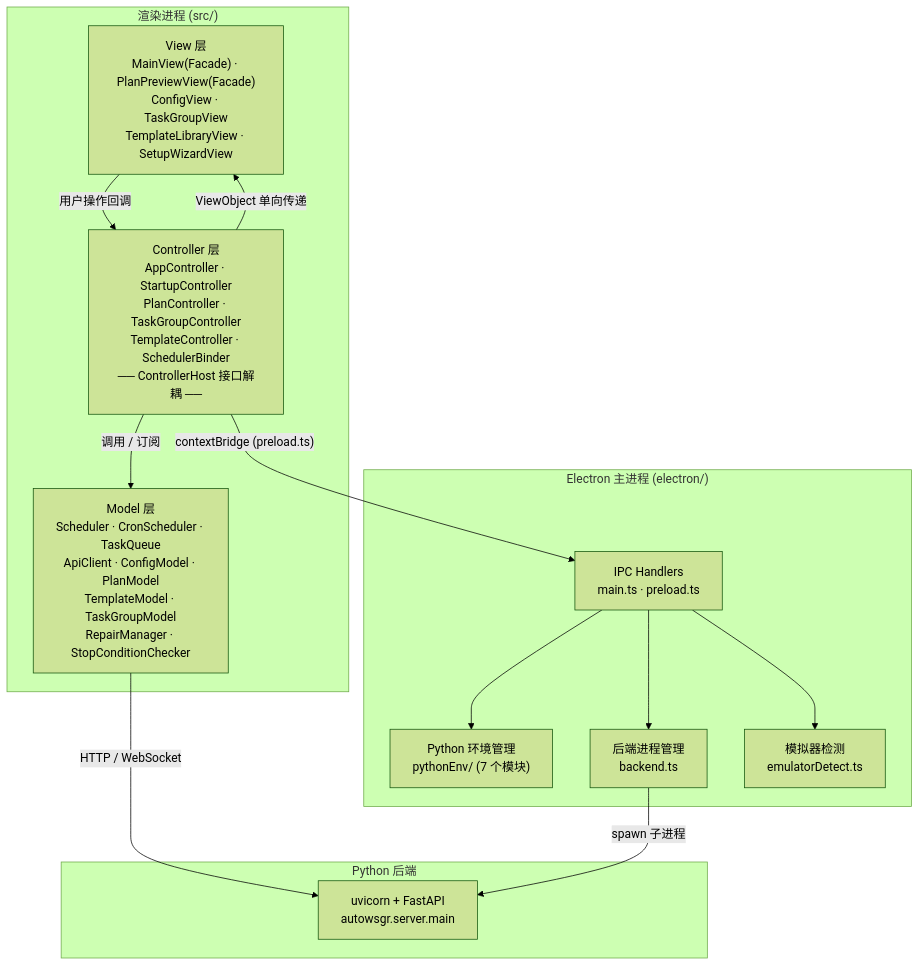
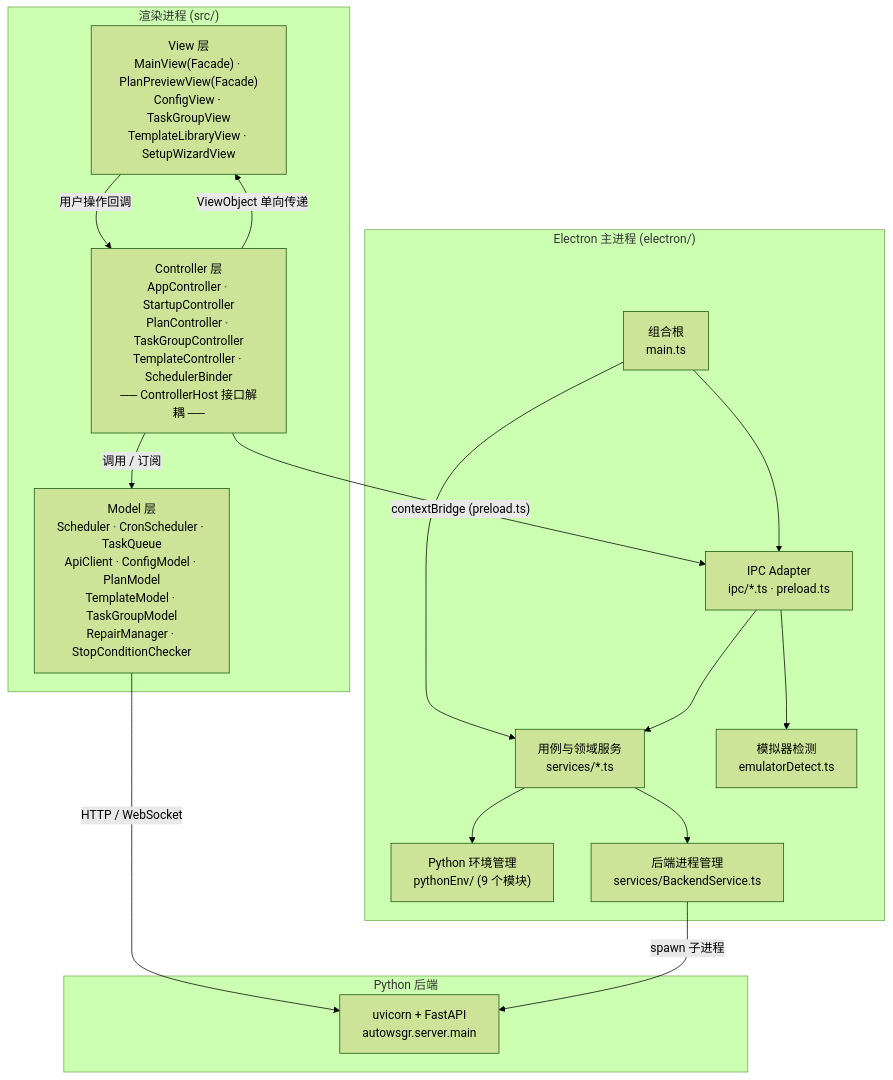
The first of 2 diagrams in docs/architecture/00-overview.md (ShiinaKuroko/AutoWSGR-GUI), drawn with Mermaid (forest theme) before and after one commit. The commit also changed other lines of this file and 126 other files, not shown here.

````diff
--- a/docs/architecture/00-overview.md
+++ b/docs/architecture/00-overview.md
@@ -15,29 +15,34 @@
 ```mermaid
 graph TB
   subgraph Renderer["渲染进程 (src/)"]
     View["View 层<br/>MainView(Facade) · PlanPreviewView(Facade)<br/>ConfigView · TaskGroupView<br/>TemplateLibraryView · SetupWizardView"]
     Controller["Controller 层<br/>AppController · StartupController<br/>PlanController · TaskGroupController<br/>TemplateController · SchedulerBinder<br/>── ControllerHost 接口解耦 ──"]
     Model["Model 层<br/>Scheduler · CronScheduler · TaskQueue<br/>ApiClient · ConfigModel · PlanModel<br/>TemplateModel · TaskGroupModel<br/>RepairManager · StopConditionChecker"]
   end
 
   subgraph Main["Electron 主进程 (electron/)"]
-    IPC["IPC Handlers<br/>main.ts · preload.ts"]
-    PyEnv["Python 环境管理<br/>pythonEnv/ (7 个模块)"]
-    Backend["后端进程管理<br/>backend.ts"]
+    Root["组合根<br/>main.ts"]
+    IPC["IPC Adapter<br/>ipc/*.ts · preload.ts"]
+    Service["用例与领域服务<br/>services/*.ts"]
+    PyEnv["Python 环境管理<br/>pythonEnv/ (9 个模块)"]
+    Backend["后端进程管理<br/>services/BackendService.ts"]
     Emulator["模拟器检测<br/>emulatorDetect.ts"]
   end
 
   subgraph PythonBackend["Python 后端"]
     ASGI["uvicorn + FastAPI<br/>autowsgr.server.main"]
   end
 
   View -->|"用户操作回调"| Controller
   Controller -->|"ViewObject 单向传递"| View
   Controller -->|"调用 / 订阅"| Model
   Model -->|"HTTP / WebSocket"| ASGI
   Controller -->|"contextBridge (preload.ts)"| IPC
-  IPC --> PyEnv
-  IPC --> Backend
+  Root --> IPC
+  Root --> Service
+  IPC --> Service
+  Service --> PyEnv
+  Service --> Backend
   IPC --> Emulator
   Backend -->|"spawn 子进程"| ASGI
 ```
````
